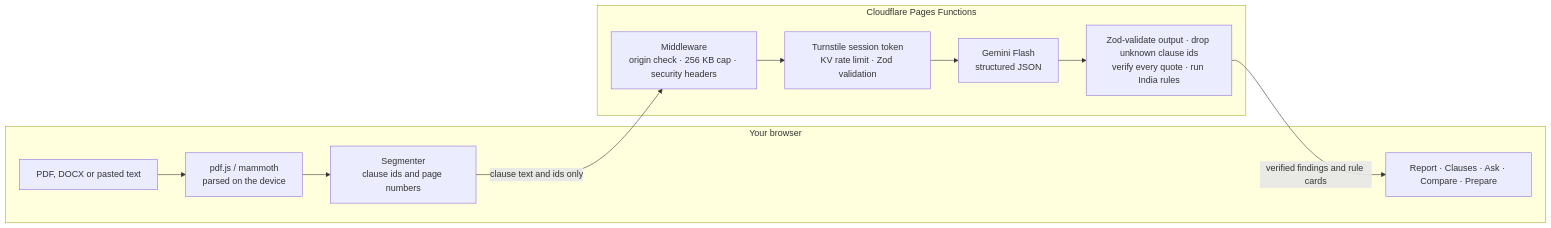
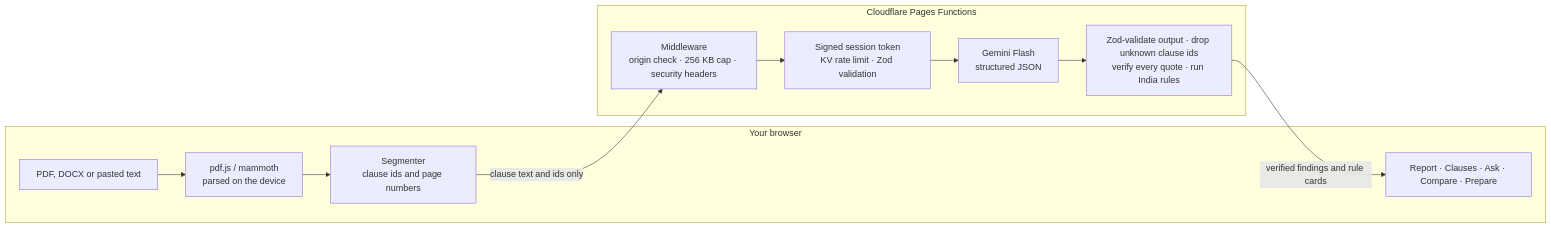
Before and after one commit to Mirdula18/SignSure: the diagram in README.md, drawn with Mermaid. The commit also changed other lines of this file and 9 other files, not shown here.

First line of the commit message:
docs: describe the session endpoint as open and drop the Turnstile setup

````diff
--- a/README.md
+++ b/README.md
@@ -42,15 +42,15 @@
 ```mermaid
 flowchart LR
   subgraph Browser["Your browser"]
     F["PDF, DOCX or pasted text"] --> P["pdf.js / mammoth<br/>parsed on the device"]
     P --> S["Segmenter<br/>clause ids and page numbers"]
     UI["Report · Clauses · Ask · Compare · Prepare"]
   end
   subgraph Edge["Cloudflare Pages Functions"]
-    M["Middleware<br/>origin check · 256 KB cap · security headers"] --> A["Turnstile session token<br/>KV rate limit · Zod validation"]
+    M["Middleware<br/>origin check · 256 KB cap · security headers"] --> A["Signed session token<br/>KV rate limit · Zod validation"]
     A --> G["Gemini Flash<br/>structured JSON"]
     G --> V["Zod-validate output · drop unknown clause ids<br/>verify every quote · run India rules"]
   end
   S -- "clause text and ids only" --> M
   V -- "verified findings and rule cards" --> UI
 ```
````
